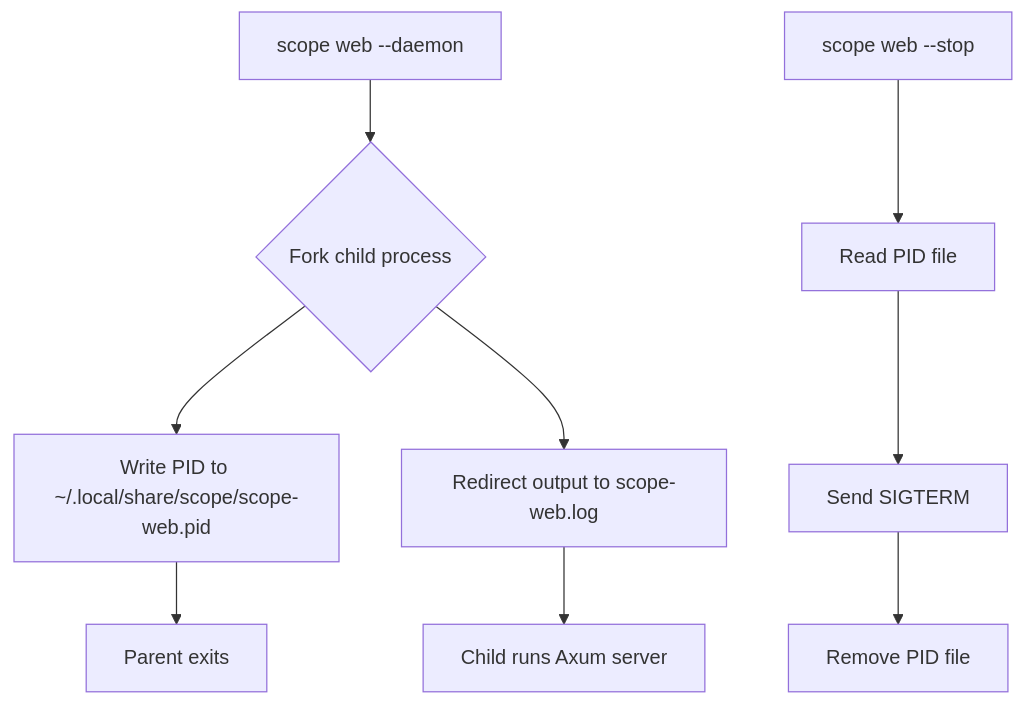
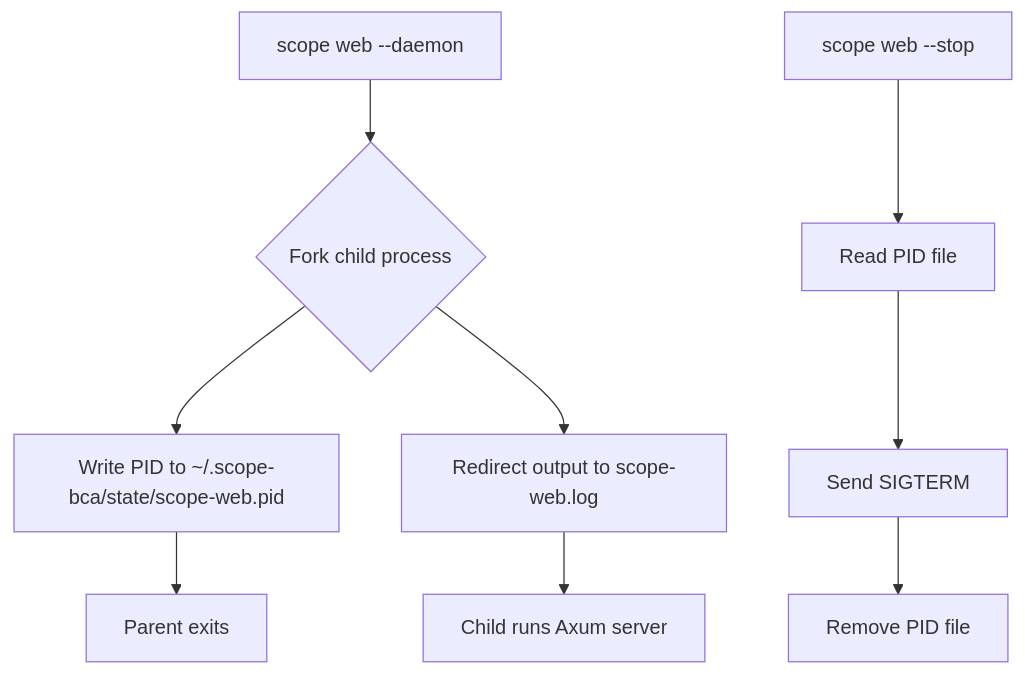
Before and after one commit to robot-accomplice/scope-blockchain-analysis: the fourth of 4 diagrams in docs/architecture/dataflow-web.md, drawn with Mermaid. The commit also changed 18 other files, not shown here.

First line of the commit message:
docs: scope files are in ~/.scope-bca

````diff
--- a/docs/architecture/dataflow-web.md
+++ b/docs/architecture/dataflow-web.md
@@ -97,12 +97,12 @@
 ```mermaid
 flowchart TD
     A[scope web --daemon] --> B{Fork child process}
-    B --> C[Write PID to ~/.local/share/scope/scope-web.pid]
+    B --> C[Write PID to ~/.scope-bca/state/scope-web.pid]
     B --> D[Redirect output to scope-web.log]
     C --> E[Parent exits]
     D --> F[Child runs Axum server]
 
     G[scope web --stop] --> H[Read PID file]
     H --> I[Send SIGTERM]
     I --> J[Remove PID file]
 ```
````
